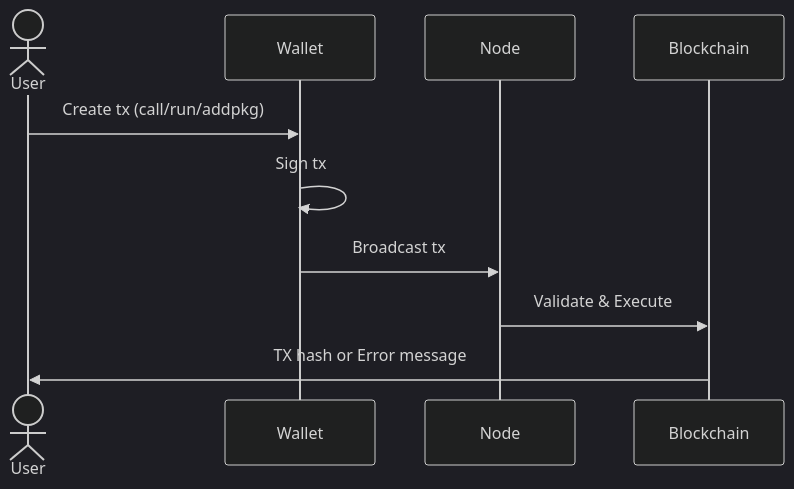
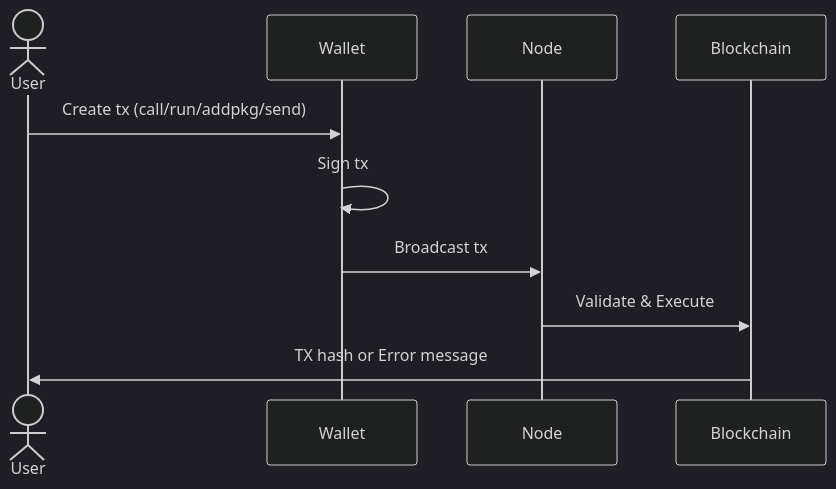
One commit to samouraiworld/peerdev changed the diagram in gno-tutorials/short-video/how2transaction/slides.md. Above: the diagram before and after it, drawn with Mermaid (dark theme). The commit also changed other lines of this file, not shown here.

````diff
--- a/gno-tutorials/short-video/how2transaction/slides.md
+++ b/gno-tutorials/short-video/how2transaction/slides.md
@@ -163,13 +187,13 @@
 ```mermaid 
 sequenceDiagram
     actor U as User
     participant W as Wallet
     participant N as Node
     participant B as Blockchain
     
-    U->>W: Create tx (call/run/addpkg)
+    U->>W: Create tx (call/run/addpkg/send)
     W->>W: Sign tx
     W->>N: Broadcast tx
     N->>B: Validate & Execute
     B->>U: TX hash or Error message
 ```
````
